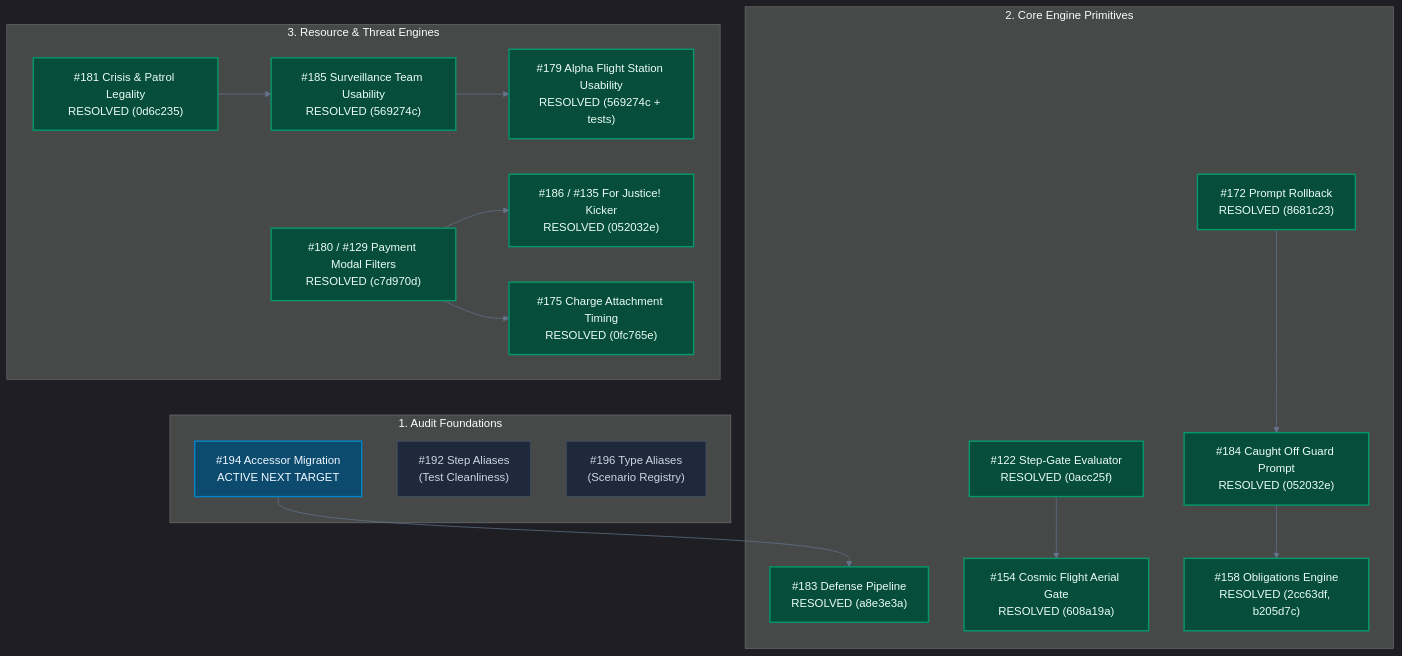
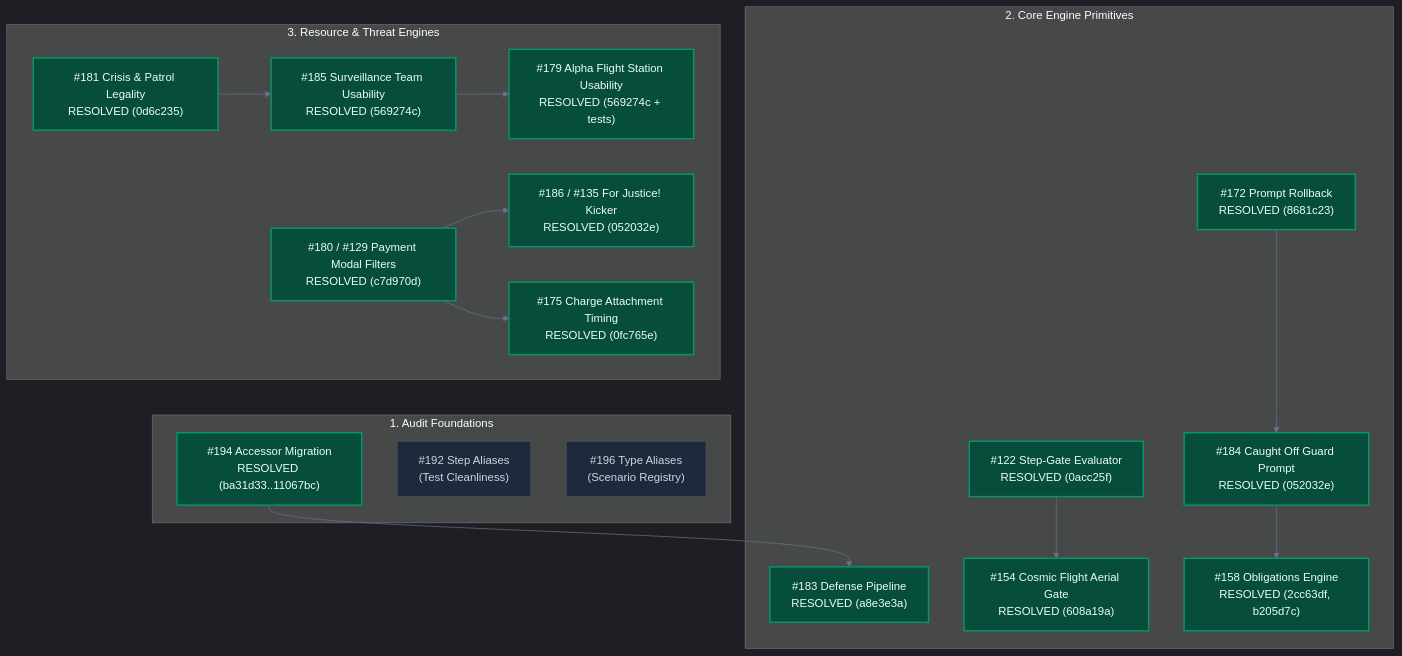
The diagram in docs/backlog/teamwork_status_and_next_target.md (SteveRodrigue/MCD), drawn with Mermaid before and after one commit. The commit also changed other lines of this file and 7 other files, not shown here.

First line of the commit message:
refactor(engine): Deprecate legacy villain pointers and document the accessor migration (Fixes #194)

````diff
--- a/docs/backlog/teamwork_status_and_next_target.md
+++ b/docs/backlog/teamwork_status_and_next_target.md
@@ -23,46 +23,45 @@
 ```mermaid
 %%{init: {'theme': 'dark', 'themeVariables': { 'darkMode': true, 'background': '#0b0f19', 'primaryColor': '#1e293b', 'primaryTextColor': '#f8fafc', 'primaryBorderColor': '#475569', 'lineColor': '#64748b', 'secondaryColor': '#0f172a', 'tertiaryColor': '#1e293b' }}}%%
 flowchart TD
     subgraph AuditFoundations["1. Audit Foundations"]
-        I194["#194 Accessor Migration<br/>ACTIVE NEXT TARGET"]
+        I194["#194 Accessor Migration<br/>RESOLVED (ba31d33..11067bc)"]
         I192["#192 Step Aliases<br/>(Test Cleanliness)"]
         I196["#196 Type Aliases<br/>(Scenario Registry)"]
     end
 
     subgraph CoreEngine["2. Core Engine Primitives"]
         I183["#183 Defense Pipeline<br/>RESOLVED (a8e3e3a)"]
         I172["#172 Prompt Rollback<br/>RESOLVED (8681c23)"]
         I184["#184 Caught Off Guard Prompt<br/>RESOLVED (052032e)"]
         I122["#122 Step-Gate Evaluator<br/>RESOLVED (0acc25f)"]
         I154["#154 Cosmic Flight Aerial Gate<br/>RESOLVED (608a19a)"]
         I158["#158 Obligations Engine<br/>RESOLVED (2cc63df, b205d7c)"]
     end
 
     subgraph ResourceThreat["3. Resource & Threat Engines"]
         I181["#181 Crisis & Patrol Legality<br/>RESOLVED (0d6c235)"]
         I186["#186 / #135 For Justice! Kicker<br/>RESOLVED (052032e)"]
         I180["#180 / #129 Payment Modal Filters<br/>RESOLVED (c7d970d)"]
         I185["#185 Surveillance Team Usability<br/>RESOLVED (569274c)"]
         I179["#179 Alpha Flight Station Usability<br/>RESOLVED (569274c + tests)"]
         I175["#175 Charge Attachment Timing<br/>RESOLVED (0fc765e)"]
     end
 
     %% Dependencies & Flows
     I194 --> I183
     I172 --> I184
     I184 --> I158
     I122 --> I154
     I181 --> I185
     I185 --> I179
     I180 --> I186
     I180 --> I175
 
     %% Dark Mode Styles
     classDef resolved fill:#064e3b,stroke:#059669,stroke-width:2px,color:#ecfdf5;
     classDef active fill:#0c4a6e,stroke:#0284c7,stroke-width:2px,color:#f0f9ff;
     classDef open fill:#1e293b,stroke:#475569,stroke-width:1px,color:#cbd5e1;
 
-    class I183,I172,I184,I181,I186,I185,I179,I180,I175,I122,I154,I158 resolved;
-    class I194 active;
+    class I194,I183,I172,I184,I181,I186,I185,I179,I180,I175,I122,I154,I158 resolved;
     class I192,I196 open;
 ```
````
